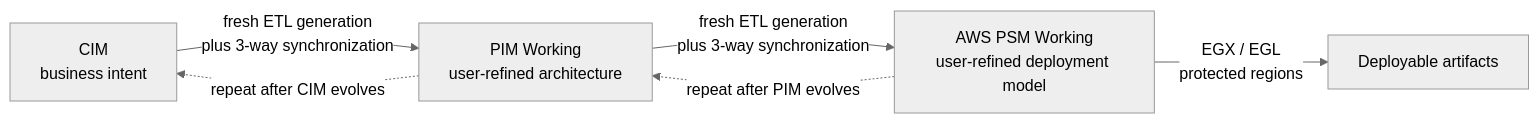
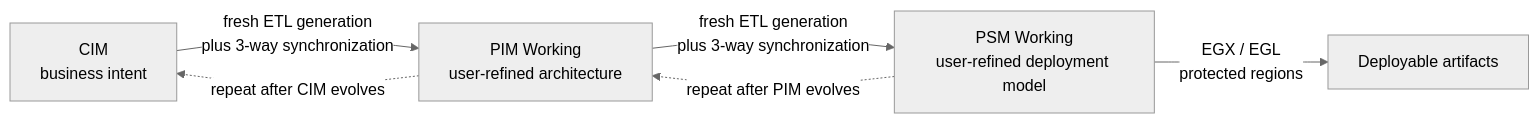
One commit to mehdieidi/modriss changed the first of 10 diagrams in docs/public-docs/docs/architecture/iterative-model-transformations.md. Above: the diagram before and after it, drawn with Mermaid (neutral theme). The commit also changed other lines of this file and 193 other files, not shown here.

Commit message:
docs: change aws psm to psm

````diff
--- a/docs/public-docs/docs/architecture/iterative-model-transformations.md
+++ b/docs/public-docs/docs/architecture/iterative-model-transformations.md
@@ -11,9 +11,9 @@
 ```mermaid
 flowchart LR
     CIM["CIM<br/>business intent"] -->|"fresh ETL generation<br/>plus 3-way synchronization"| PIM["PIM Working<br/>user-refined architecture"]
-    PIM -->|"fresh ETL generation<br/>plus 3-way synchronization"| PSM["AWS PSM Working<br/>user-refined deployment model"]
+    PIM -->|"fresh ETL generation<br/>plus 3-way synchronization"| PSM["PSM Working<br/>user-refined deployment model"]
     PSM -->|"EGX / EGL<br/>protected regions"| ART["Deployable artifacts"]
 
     PIM -.->|"repeat after CIM evolves"| CIM
     PSM -.->|"repeat after PIM evolves"| PIM
 ```
````
